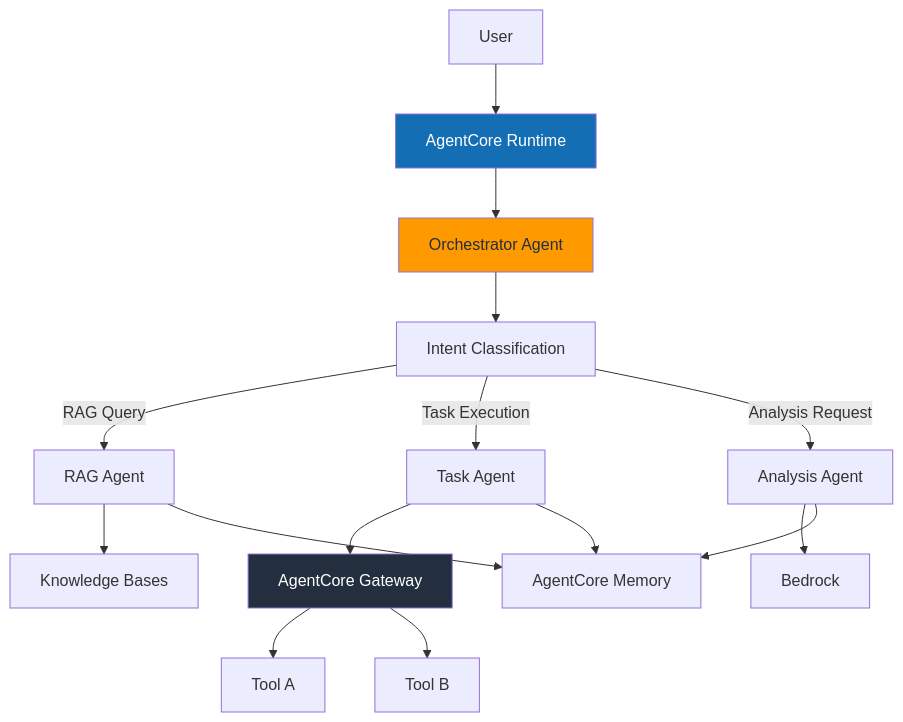
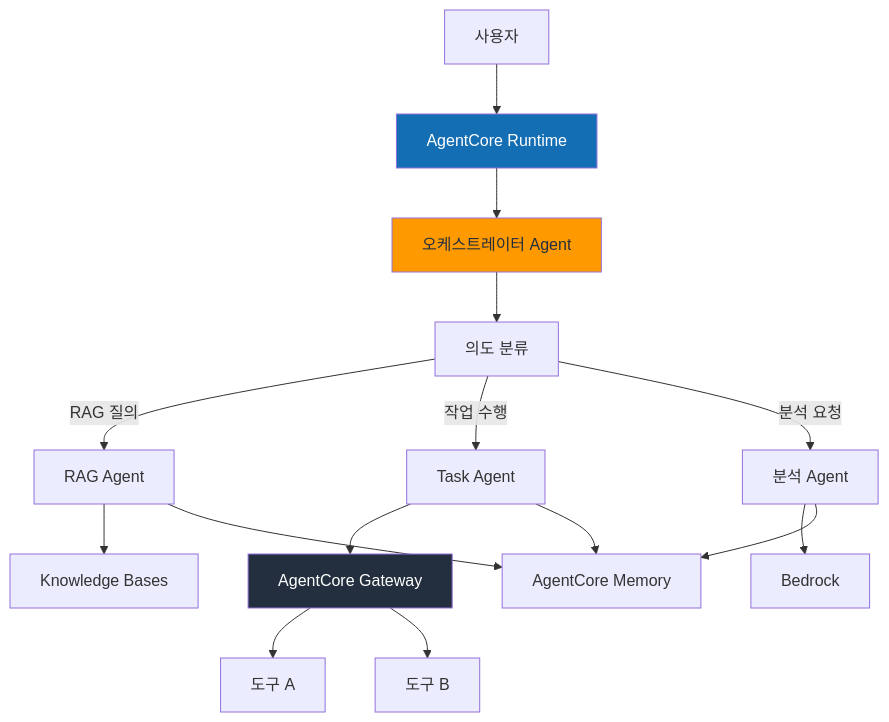
One commit to devfloor9/engineering-playbook changed the fourth of 5 diagrams in i18n/en/docusaurus-plugin-content-docs/current/agentic-ai-platform/design-architecture/aws-native-agentic-platform.md. Above: the diagram before and after it, drawn with Mermaid. The commit also changed other lines of this file and 23 other files, not shown here.

````diff
--- a/i18n/en/docusaurus-plugin-content-docs/current/agentic-ai-platform/design-architecture/aws-native-agentic-platform.md
+++ b/i18n/en/docusaurus-plugin-content-docs/current/agentic-ai-platform/design-architecture/aws-native-agentic-platform.md
@@ -323,23 +341,23 @@
 ```mermaid
 graph TD
-    User["User"] --> Runtime["AgentCore Runtime"]
-    Runtime --> Orchestrator["Orchestrator Agent"]
-    Orchestrator --> Classifier["Intent Classification"]
-    Classifier -->|"RAG Query"| RAGAgent["RAG Agent"]
-    Classifier -->|"Task Execution"| TaskAgent["Task Agent"]
-    Classifier -->|"Analysis Request"| AnalysisAgent["Analysis Agent"]
+    User["사용자"] --> Runtime["AgentCore Runtime"]
+    Runtime --> Orchestrator["오케스트레이터 Agent"]
+    Orchestrator --> Classifier["의도 분류"]
+    Classifier -->|"RAG 질의"| RAGAgent["RAG Agent"]
+    Classifier -->|"작업 수행"| TaskAgent["Task Agent"]
+    Classifier -->|"분석 요청"| AnalysisAgent["분석 Agent"]
 
     RAGAgent --> KB["Knowledge Bases"]
     TaskAgent --> Gateway["AgentCore Gateway"]
-    Gateway --> Tool1["Tool A"]
-    Gateway --> Tool2["Tool B"]
+    Gateway --> Tool1["도구 A"]
+    Gateway --> Tool2["도구 B"]
     AnalysisAgent --> Bedrock["Bedrock"]
 
     RAGAgent --> Memory["AgentCore Memory"]
     TaskAgent --> Memory
     AnalysisAgent --> Memory
 
     style Runtime fill:#146EB4,color:#fff
     style Orchestrator fill:#FF9900,color:#232F3E
     style Gateway fill:#232F3E,color:#fff
 ```
````
